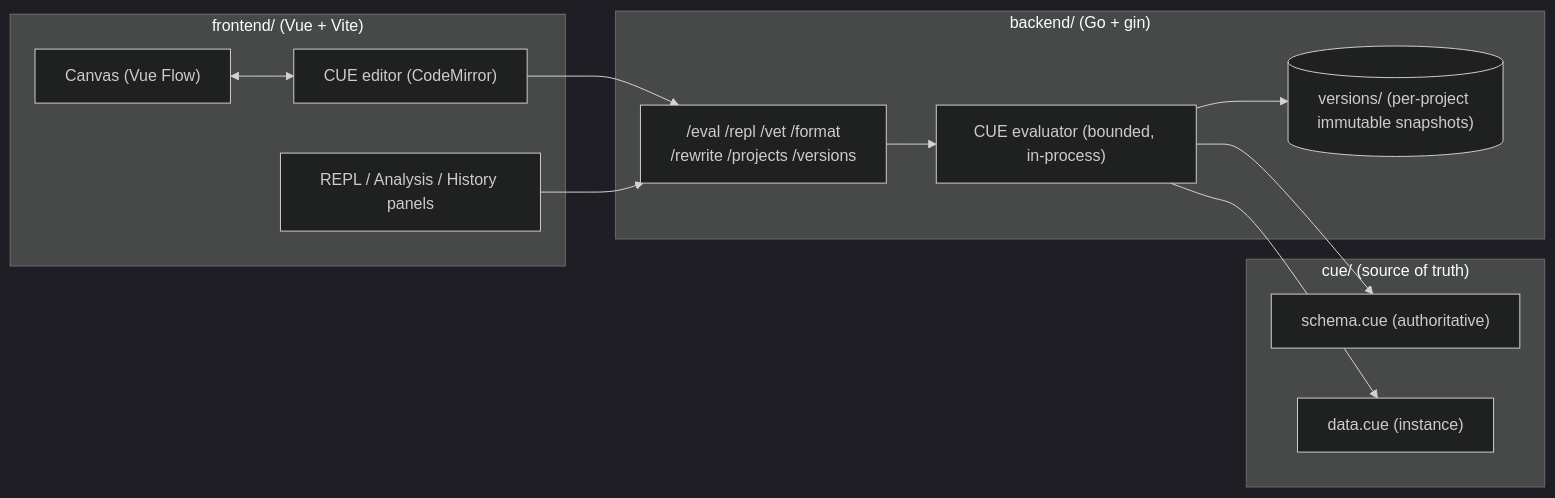
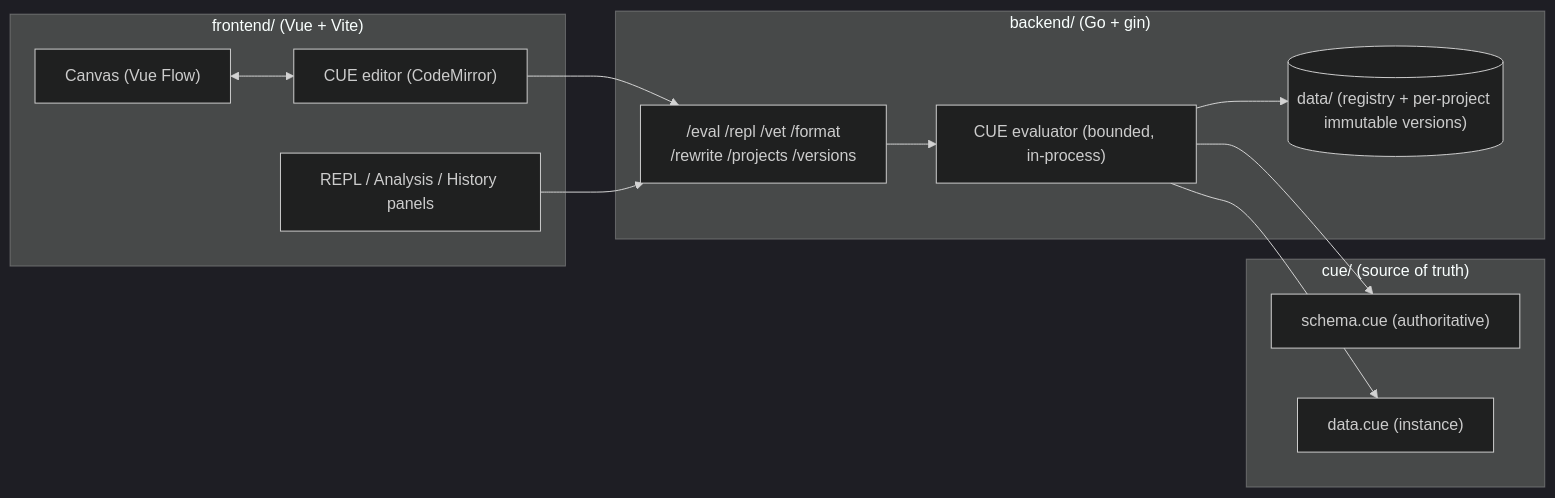
Before and after one commit to stratorys/cueto: the diagram in README.md, drawn with Mermaid (dark theme). The commit also changed 14 other files, not shown here.

````diff
--- a/README.md
+++ b/README.md
@@ -135,27 +135,27 @@
 ```mermaid
 flowchart LR
   subgraph fe["frontend/ (Vue + Vite)"]
     canvas["Canvas (Vue Flow)"]
     editor["CUE editor (CodeMirror)"]
     repl["REPL / Analysis / History panels"]
   end
 
   subgraph be["backend/ (Go + gin)"]
     api["/eval /repl /vet /format\n/rewrite /projects /versions"]
     eval["CUE evaluator (bounded, in-process)"]
-    versions[("versions/ (per-project immutable snapshots)")]
+    versions[("data/ (registry + per-project immutable versions)")]
   end
 
   subgraph cue["cue/ (source of truth)"]
     schema["schema.cue (authoritative)"]
     data["data.cue (instance)"]
   end
 
   canvas <--> editor
   editor --> api
   repl --> api
   api --> eval
   eval --> schema
   eval --> data
   eval --> versions
 ```
````
